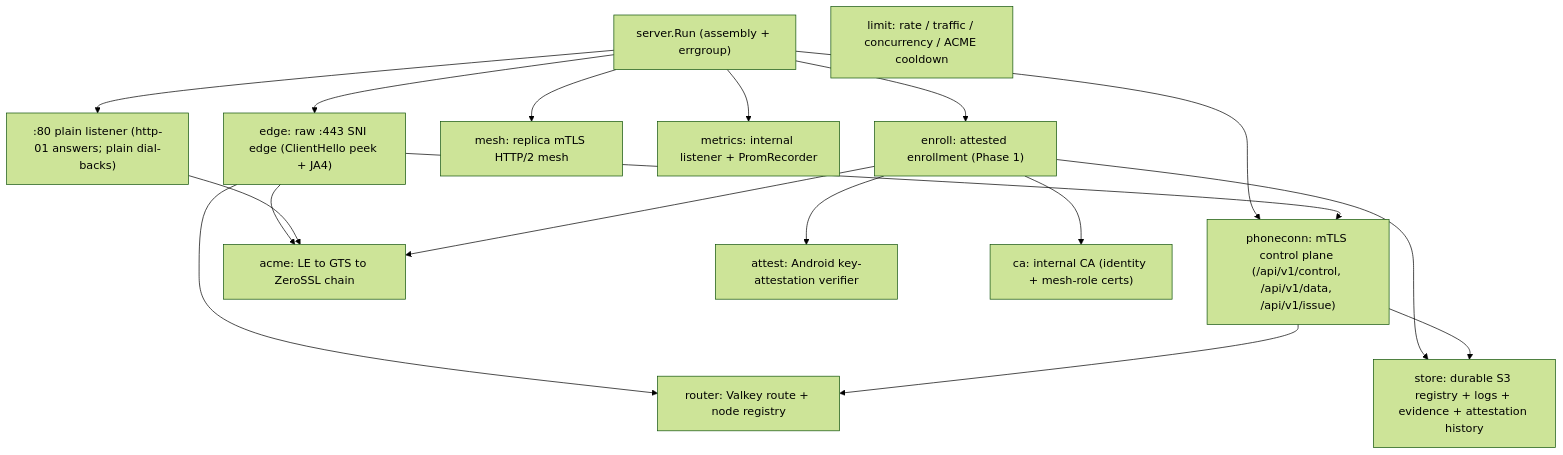
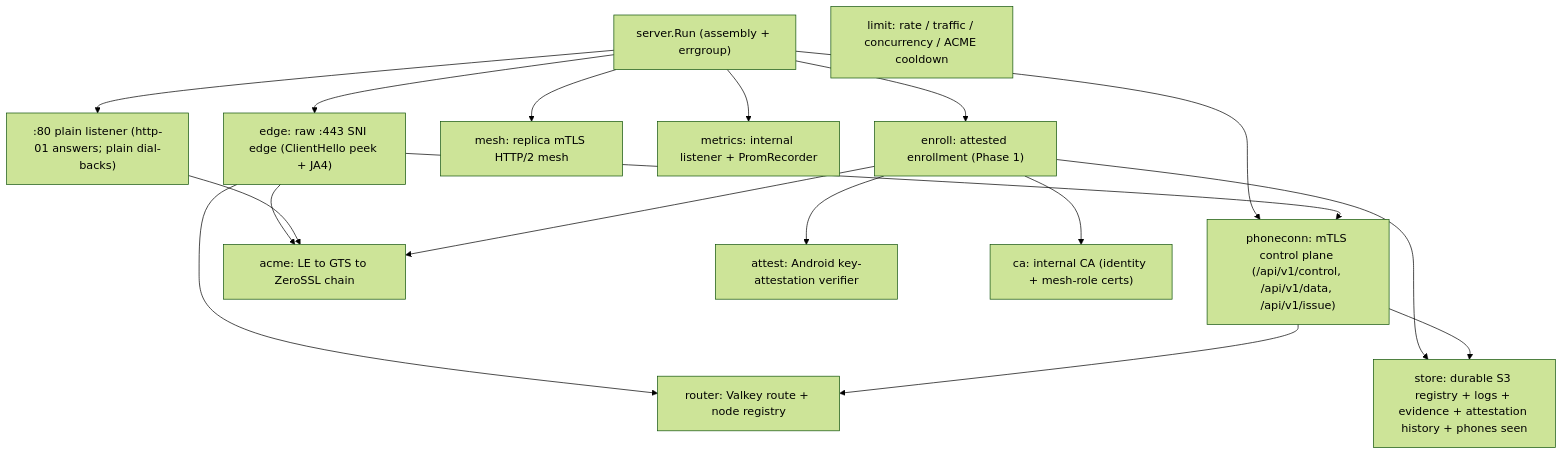
One commit to danielealbano/android-remote-control-mcp-tunneld changed the first of 3 diagrams in docs/ARCHITECTURE.md. Above: the diagram before and after it, drawn with Mermaid (forest theme). The commit also changed other lines of this file and 2 other files, not shown here.

Commit message:
docs(docs): set the phones-seen retention rule and describe the separate uploader

````diff
--- a/docs/ARCHITECTURE.md
+++ b/docs/ARCHITECTURE.md
@@ -24,33 +24,33 @@
 ```mermaid
 flowchart TD
   run["server.Run (assembly + errgroup)"]
   edge["edge: raw :443 SNI edge (ClientHello peek + JA4)"]
   enroll["enroll: attested enrollment (Phase 1)"]
   phone["phoneconn: mTLS control plane (/api/v1/control, /api/v1/data, /api/v1/issue)"]
   mesh["mesh: replica mTLS HTTP/2 mesh"]
   acme["acme: LE to GTS to ZeroSSL chain"]
   attest["attest: Android key-attestation verifier"]
   ca["ca: internal CA (identity + mesh-role certs)"]
   router["router: Valkey route + node registry"]
   limit["limit: rate / traffic / concurrency / ACME cooldown"]
-  store["store: durable S3 registry + logs + evidence + attestation history"]
+  store["store: durable S3 registry + logs + evidence + attestation history + phones seen"]
   metrics["metrics: internal listener + PromRecorder"]
   acmehttp[":80 plain listener (http-01 answers; plain dial-backs)"]
 
   run --> edge
   run --> enroll
   run --> phone
   run --> mesh
   run --> metrics
   run --> acmehttp
   edge --> router
   edge --> phone
   edge --> acme
   acmehttp --> acme
   enroll --> attest
   enroll --> ca
   enroll --> acme
   enroll --> store
   phone --> router
   phone --> store
 ```
````
